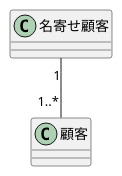
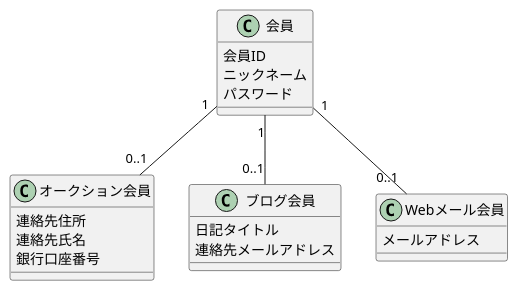
One commit to yinm/uml-modeling-lesson changed the diagram in ch08/sample.puml. Above: the diagram before and after it, drawn with PlantUML.

Commit message:
Add lesson30

```diff
--- a/ch08/sample.puml
+++ b/ch08/sample.puml
@@ -1,11 +1,28 @@
 @startuml
 
-class 名寄せ顧客 {
+class 会員 {
+  会員ID
+  ニックネーム
+  パスワード
 }
 
-class 顧客 {
+class オークション会員 {
+  連絡先住所
+  連絡先氏名
+  銀行口座番号
 }
 
-名寄せ顧客 "1"--"1..*" 顧客
+class ブログ会員 {
+  日記タイトル
+  連絡先メールアドレス
+}
+
+class Webメール会員 {
+  メールアドレス
+}
+
+会員 "1"--"0..1" オークション会員
+会員 "1"--"0..1" ブログ会員
+会員 "1"--"0..1" Webメール会員
 
 @enduml
```
